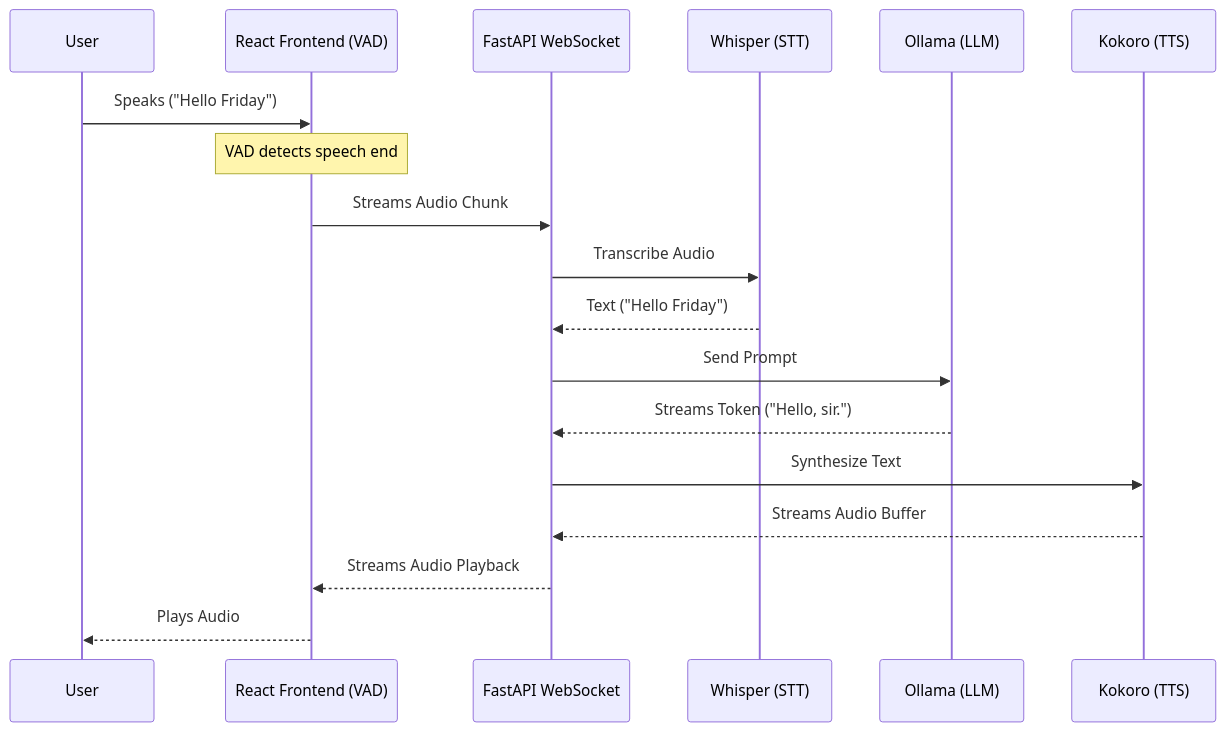
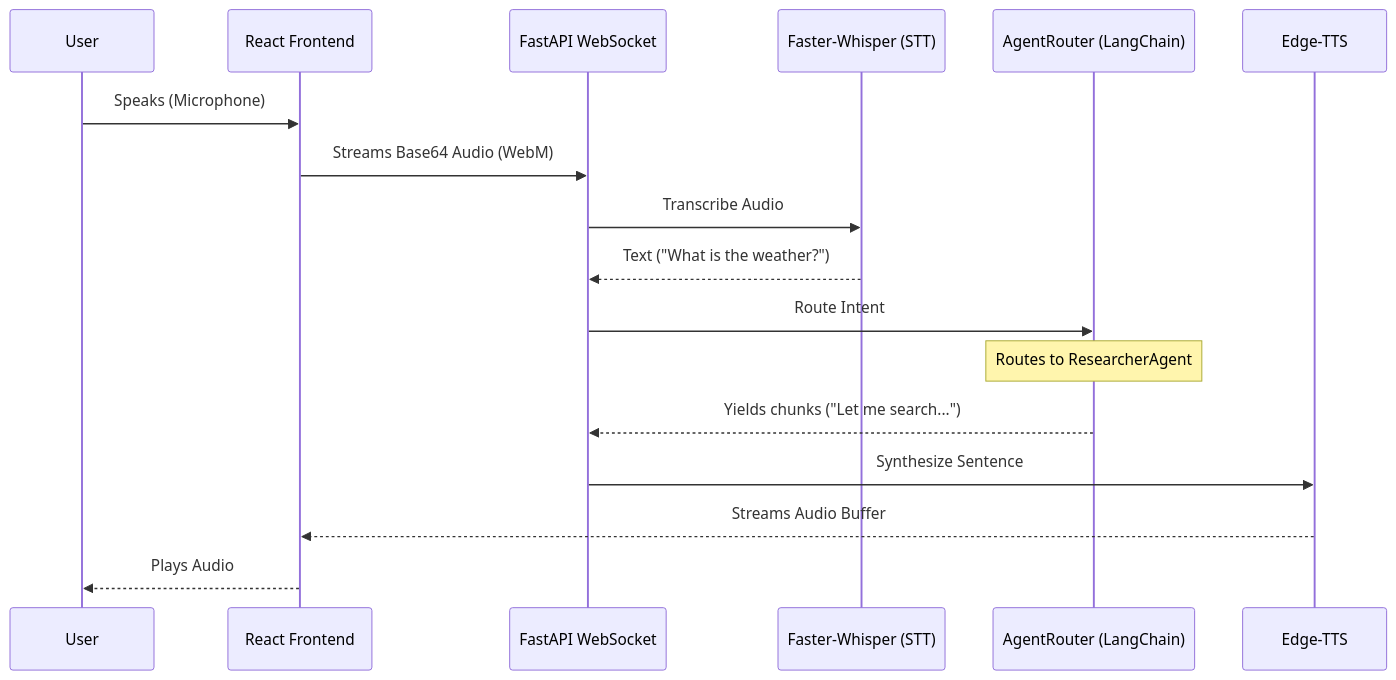
One commit to TarunChowdala/Friday-AI-Operating-System- changed the diagram in backend/README.md. Above: the diagram before and after it, drawn with Mermaid. The commit also changed other lines of this file and 16 other files, not shown here.

Commit message:
feat: integrate Faster-Whisper, Edge-TTS, and LangChain agents to enable real-time waterfall streaming for voice interactions.

````diff
--- a/backend/README.md
+++ b/backend/README.md
@@ -20,21 +23,21 @@
 ```mermaid
 sequenceDiagram
     participant User
-    participant React Frontend (VAD)
+    participant React Frontend
     participant FastAPI WebSocket
-    participant Whisper (STT)
-    participant Ollama (LLM)
-    participant Kokoro (TTS)
+    participant Faster-Whisper (STT)
+    participant AgentRouter (LangChain)
+    participant Edge-TTS
 
-    User->>React Frontend (VAD): Speaks ("Hello Friday")
-    Note over React Frontend (VAD): VAD detects speech end
-    React Frontend (VAD)->>FastAPI WebSocket: Streams Audio Chunk
-    FastAPI WebSocket->>Whisper (STT): Transcribe Audio
-    Whisper (STT)-->>FastAPI WebSocket: Text ("Hello Friday")
-    FastAPI WebSocket->>Ollama (LLM): Send Prompt
-    Ollama (LLM)-->>FastAPI WebSocket: Streams Token ("Hello, sir.")
-    FastAPI WebSocket->>Kokoro (TTS): Synthesize Text
-    Kokoro (TTS)-->>FastAPI WebSocket: Streams Audio Buffer
-    FastAPI WebSocket-->>React Frontend (VAD): Streams Audio Playback
-    React Frontend (VAD)-->>User: Plays Audio
+    User->>React Frontend: Speaks (Microphone)
+    React Frontend->>FastAPI WebSocket: Streams Base64 Audio (WebM)
+    FastAPI WebSocket->>Faster-Whisper (STT): Transcribe Audio
+    Faster-Whisper (STT)-->>FastAPI WebSocket: Text ("What is the weather?")
+    FastAPI WebSocket->>AgentRouter (LangChain): Route Intent
+    
+    Note over AgentRouter (LangChain): Routes to ResearcherAgent
+    AgentRouter (LangChain)-->>FastAPI WebSocket: Yields chunks ("Let me search...")
+    FastAPI WebSocket->>Edge-TTS: Synthesize Sentence
+    Edge-TTS-->>React Frontend: Streams Audio Buffer
+    React Frontend-->>User: Plays Audio
 ```
````
